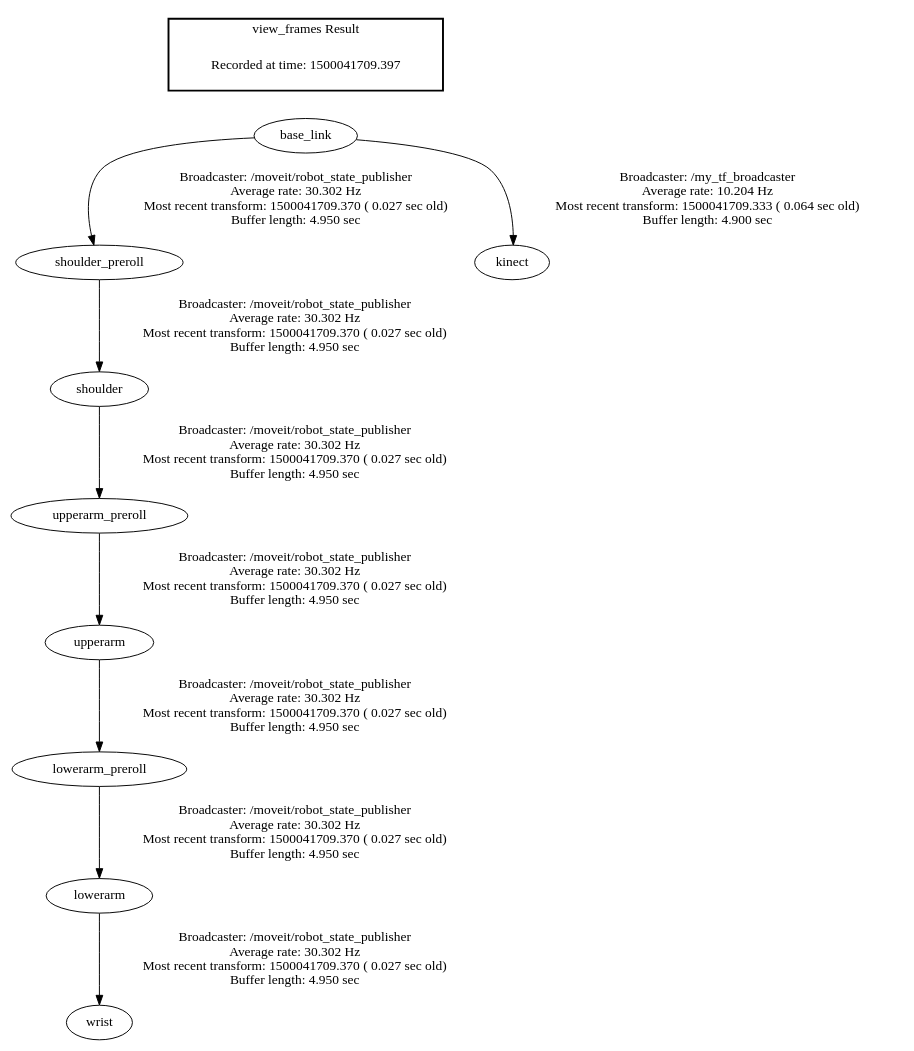
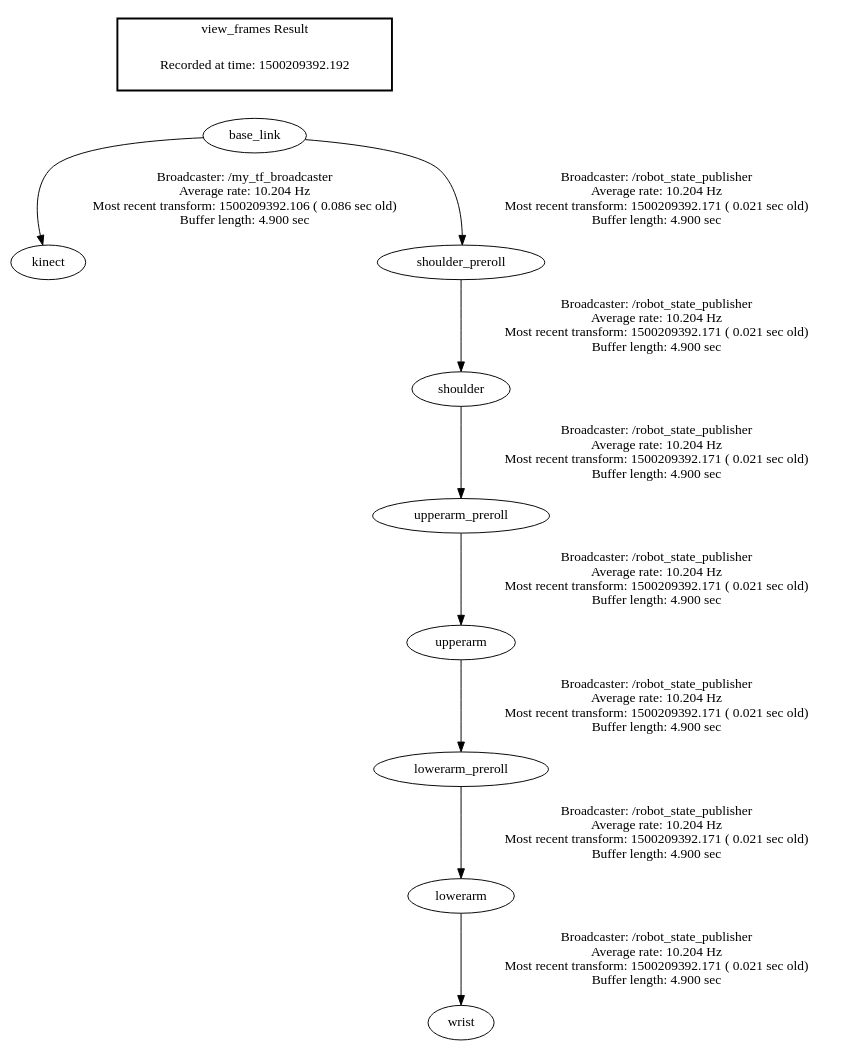
Before and after one commit to mstoelen/GummiArm: the diagram in orchestration/packages/frames.gv, drawn with Graphviz. The commit also changed 10 other files, not shown here.

```diff
--- a/orchestration/packages/frames.gv
+++ b/orchestration/packages/frames.gv
@@ -1,14 +1,14 @@
 digraph G {
-"upperarm" -> "lowerarm_preroll"[label="Broadcaster: /moveit/robot_state_publisher\nAverage rate: 30.302 Hz\nMost recent transform: 1500041709.370 ( 0.027 sec old)\nBuffer length: 4.950 sec\n"];
-"upperarm_preroll" -> "upperarm"[label="Broadcaster: /moveit/robot_state_publisher\nAverage rate: 30.302 Hz\nMost recent transform: 1500041709.370 ( 0.027 sec old)\nBuffer length: 4.950 sec\n"];
-"lowerarm_preroll" -> "lowerarm"[label="Broadcaster: /moveit/robot_state_publisher\nAverage rate: 30.302 Hz\nMost recent transform: 1500041709.370 ( 0.027 sec old)\nBuffer length: 4.950 sec\n"];
-"shoulder" -> "upperarm_preroll"[label="Broadcaster: /moveit/robot_state_publisher\nAverage rate: 30.302 Hz\nMost recent transform: 1500041709.370 ( 0.027 sec old)\nBuffer length: 4.950 sec\n"];
-"shoulder_preroll" -> "shoulder"[label="Broadcaster: /moveit/robot_state_publisher\nAverage rate: 30.302 Hz\nMost recent transform: 1500041709.370 ( 0.027 sec old)\nBuffer length: 4.950 sec\n"];
-"base_link" -> "shoulder_preroll"[label="Broadcaster: /moveit/robot_state_publisher\nAverage rate: 30.302 Hz\nMost recent transform: 1500041709.370 ( 0.027 sec old)\nBuffer length: 4.950 sec\n"];
-"lowerarm" -> "wrist"[label="Broadcaster: /moveit/robot_state_publisher\nAverage rate: 30.302 Hz\nMost recent transform: 1500041709.370 ( 0.027 sec old)\nBuffer length: 4.950 sec\n"];
-"base_link" -> "kinect"[label="Broadcaster: /my_tf_broadcaster\nAverage rate: 10.204 Hz\nMost recent transform: 1500041709.333 ( 0.064 sec old)\nBuffer length: 4.900 sec\n"];
+"base_link" -> "kinect"[label="Broadcaster: /my_tf_broadcaster\nAverage rate: 10.204 Hz\nMost recent transform: 1500209392.106 ( 0.086 sec old)\nBuffer length: 4.900 sec\n"];
+"upperarm" -> "lowerarm_preroll"[label="Broadcaster: /robot_state_publisher\nAverage rate: 10.204 Hz\nMost recent transform: 1500209392.171 ( 0.021 sec old)\nBuffer length: 4.900 sec\n"];
+"upperarm_preroll" -> "upperarm"[label="Broadcaster: /robot_state_publisher\nAverage rate: 10.204 Hz\nMost recent transform: 1500209392.171 ( 0.021 sec old)\nBuffer length: 4.900 sec\n"];
+"lowerarm_preroll" -> "lowerarm"[label="Broadcaster: /robot_state_publisher\nAverage rate: 10.204 Hz\nMost recent transform: 1500209392.171 ( 0.021 sec old)\nBuffer length: 4.900 sec\n"];
+"shoulder" -> "upperarm_preroll"[label="Broadcaster: /robot_state_publisher\nAverage rate: 10.204 Hz\nMost recent transform: 1500209392.171 ( 0.021 sec old)\nBuffer length: 4.900 sec\n"];
+"shoulder_preroll" -> "shoulder"[label="Broadcaster: /robot_state_publisher\nAverage rate: 10.204 Hz\nMost recent transform: 1500209392.171 ( 0.021 sec old)\nBuffer length: 4.900 sec\n"];
+"base_link" -> "shoulder_preroll"[label="Broadcaster: /robot_state_publisher\nAverage rate: 10.204 Hz\nMost recent transform: 1500209392.171 ( 0.021 sec old)\nBuffer length: 4.900 sec\n"];
+"lowerarm" -> "wrist"[label="Broadcaster: /robot_state_publisher\nAverage rate: 10.204 Hz\nMost recent transform: 1500209392.171 ( 0.021 sec old)\nBuffer length: 4.900 sec\n"];
 edge [style=invis];
  subgraph cluster_legend { style=bold; color=black; label ="view_frames Result";
-"Recorded at time: 1500041709.397"[ shape=plaintext ] ;
+"Recorded at time: 1500209392.192"[ shape=plaintext ] ;
  }->"base_link";
 }
```
